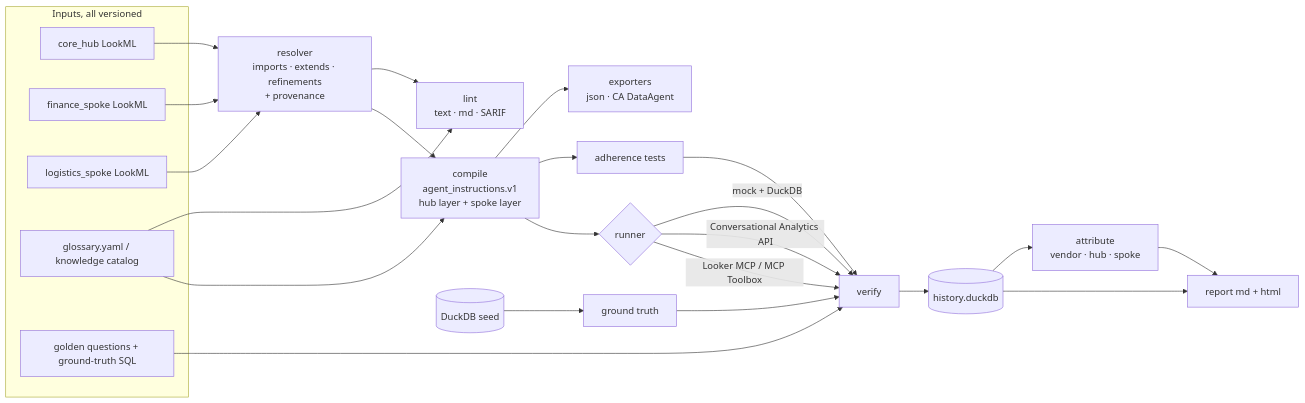
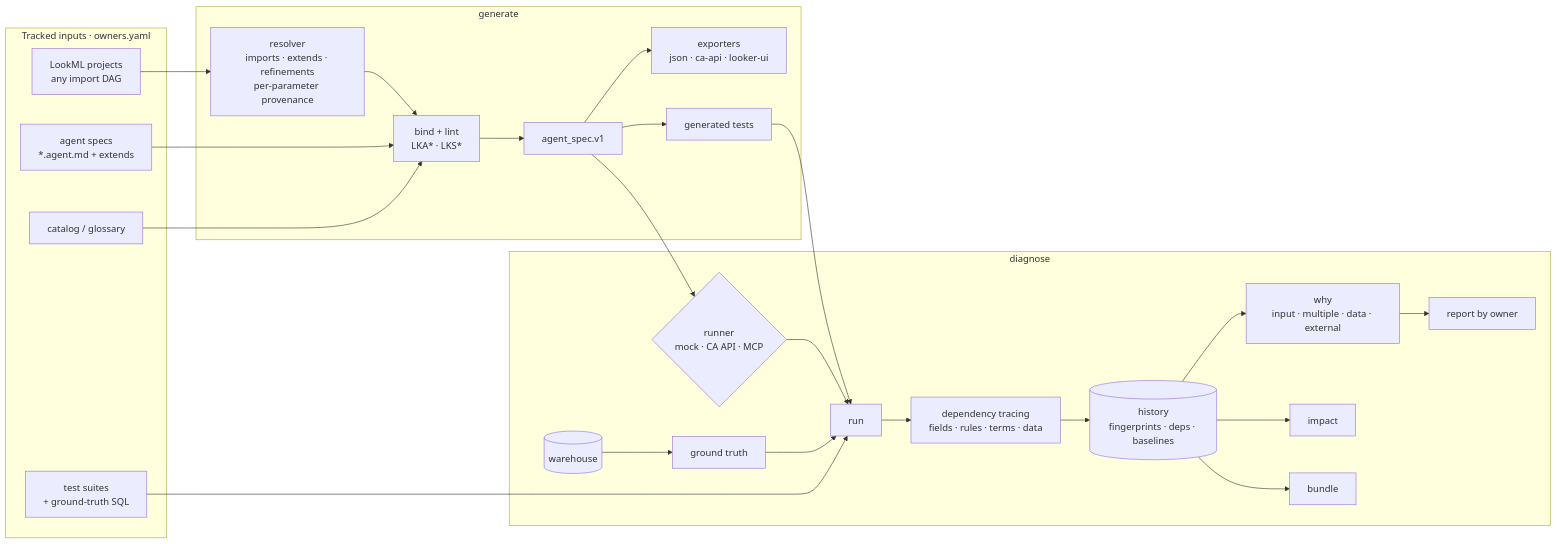
One commit to sangaraju1988/lookml-agentops changed the diagram in README.md. Above: the diagram before and after it, drawn with Mermaid. The commit also changed other lines of this file and 23 other files, not shown here.

First line of the commit message:
feat(docs,report): generate new, owner-grouped reports, README around the two modes

````diff
--- a/README.md
+++ b/README.md
@@ -88,27 +143,31 @@
 ```mermaid
 flowchart LR
-  subgraph inputs[Inputs, all versioned]
-    HUB[core_hub LookML]
-    SP1[finance_spoke LookML]
-    SP2[logistics_spoke LookML]
-    GL[glossary.yaml / knowledge catalog]
-    GOLD[golden questions + ground-truth SQL]
+  subgraph inputs[Tracked inputs · owners.yaml]
+    LK[LookML projects<br/>any import DAG]
+    SP[agent specs<br/>*.agent.md + extends]
+    CAT[catalog / glossary]
+    SU[test suites<br/>+ ground-truth SQL]
   end
-  HUB & SP1 & SP2 --> RES[resolver<br/>imports · extends · refinements<br/>+ provenance]
-  RES --> LINT[lint<br/>text · md · SARIF]
-  GL --> LINT
-  RES --> COMP[compile<br/>agent_instructions.v1<br/>hub layer + spoke layer]
-  GL --> COMP
-  COMP --> EXP[exporters<br/>json · CA DataAgent]
-  COMP --> ADH[adherence tests]
-  ADH & GOLD --> VER[verify]
-  COMP --> RUN{runner}
-  RUN -->|mock + DuckDB| VER
-  RUN -->|Conversational Analytics API| VER
-  RUN -->|Looker MCP / MCP Toolbox| VER
-  SEED[(DuckDB seed)] --> GT[ground truth] --> VER
-  VER --> HIST[(history.duckdb)]
-  HIST --> ATT[attribute<br/>vendor · hub · spoke]
-  HIST --> REP[report md + html]
-  ATT --> REP
+  LK --> RES[resolver<br/>imports · extends · refinements<br/>per-parameter provenance]
+  subgraph generate
+    RES --> BIND[bind + lint<br/>LKA* · LKS*]
+    SP --> BIND
+    CAT --> BIND
+    BIND --> SPEC[agent_spec.v1]
+    SPEC --> EXP[exporters<br/>json · ca-api · looker-ui]
+    SPEC --> GEN[generated tests]
+  end
+  subgraph diagnose
+    GEN --> RUN[run]
+    SU --> RUN
+    SPEC --> RUNNER{runner<br/>mock · CA API · MCP}
+    RUNNER --> RUN
+    SEED[(warehouse)] --> GT[ground truth] --> RUN
+    RUN --> DEPS[dependency tracing<br/>fields · rules · terms · data]
+    DEPS --> HIST[(history<br/>fingerprints · deps · baselines)]
+    HIST --> WHY[why<br/>input · multiple · data · external]
+    HIST --> IMP[impact]
+    HIST --> BUN[bundle]
+    WHY --> REP[report by owner]
+  end
 ```
````
